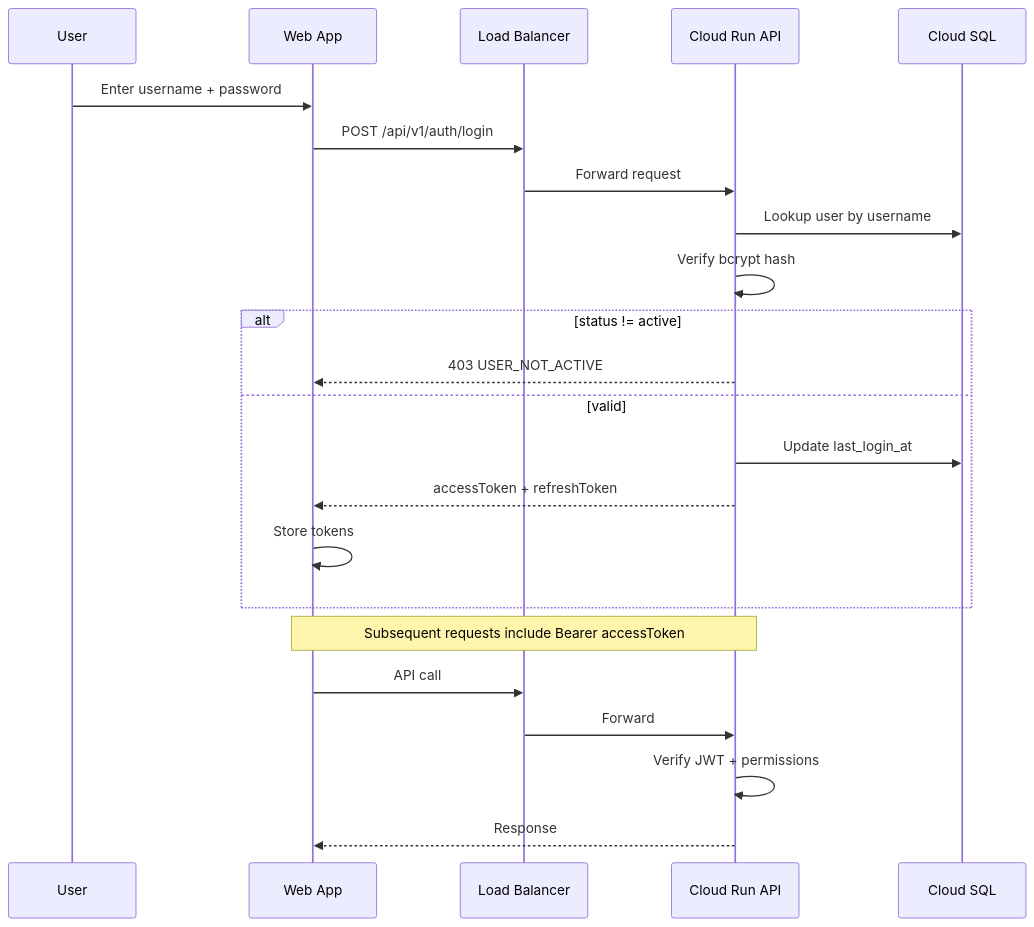
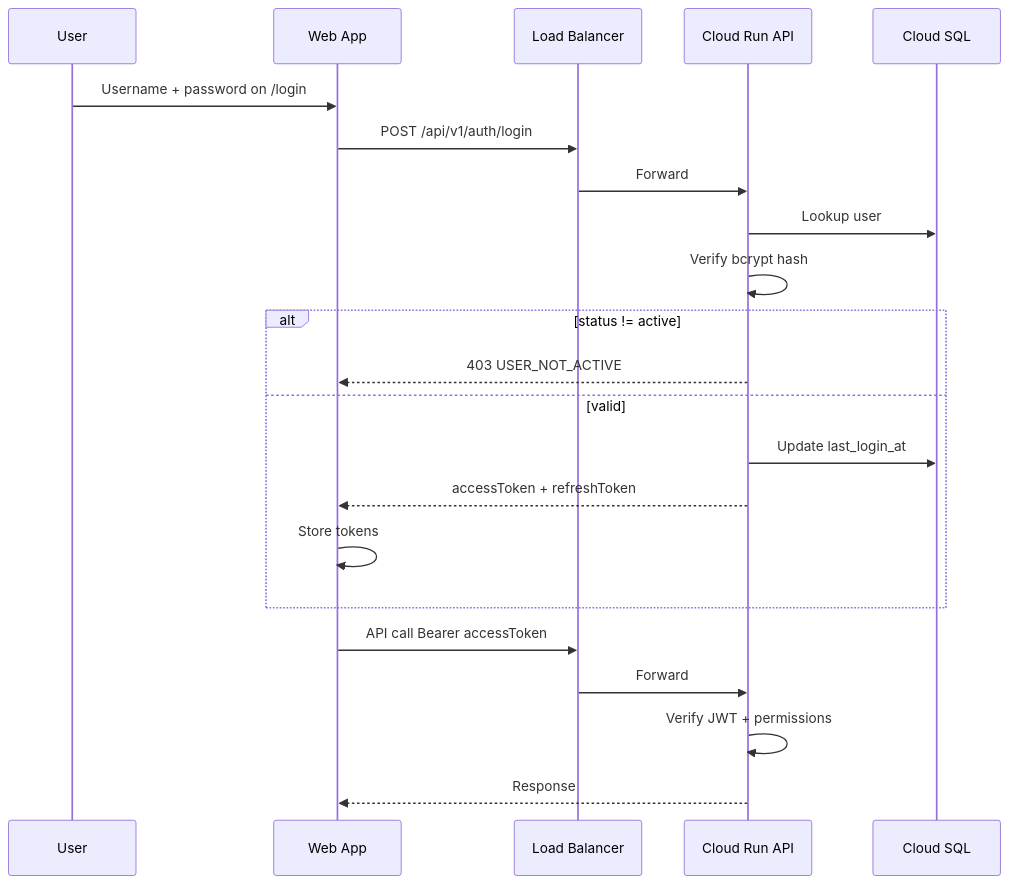
The second of 3 diagrams in docs/architecture.md (sathvikmaahi/HireSphere), drawn with Mermaid before and after one commit. The commit also changed other lines of this file and 6 other files, not shown here.

````diff
--- a/docs/architecture.md
+++ b/docs/architecture.md
@@ -75,27 +88,26 @@
 ```mermaid
 sequenceDiagram
     participant U as User
     participant W as Web App
     participant LB as Load Balancer
     participant A as Cloud Run API
     participant D as Cloud SQL
 
-    U->>W: Enter username + password
+    U->>W: Username + password on /login
     W->>LB: POST /api/v1/auth/login
-    LB->>A: Forward request
-    A->>D: Lookup user by username
+    LB->>A: Forward
+    A->>D: Lookup user
     A->>A: Verify bcrypt hash
     alt status != active
         A-->>W: 403 USER_NOT_ACTIVE
     else valid
         A->>D: Update last_login_at
         A-->>W: accessToken + refreshToken
         W->>W: Store tokens
     end
 
-    Note over W,A: Subsequent requests include Bearer accessToken
-    W->>LB: API call
+    W->>LB: API call Bearer accessToken
     LB->>A: Forward
     A->>A: Verify JWT + permissions
     A-->>W: Response
 ```
````
